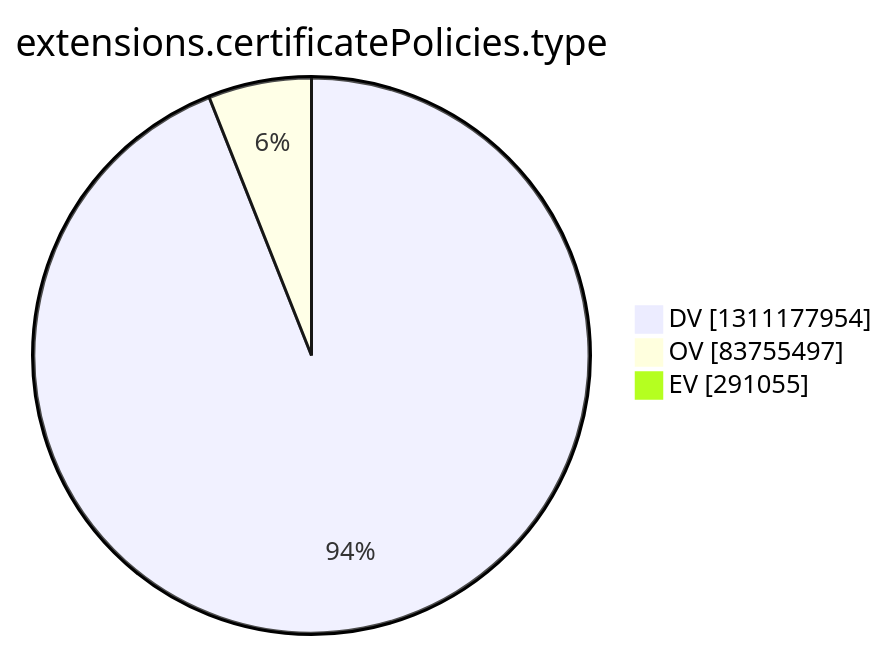
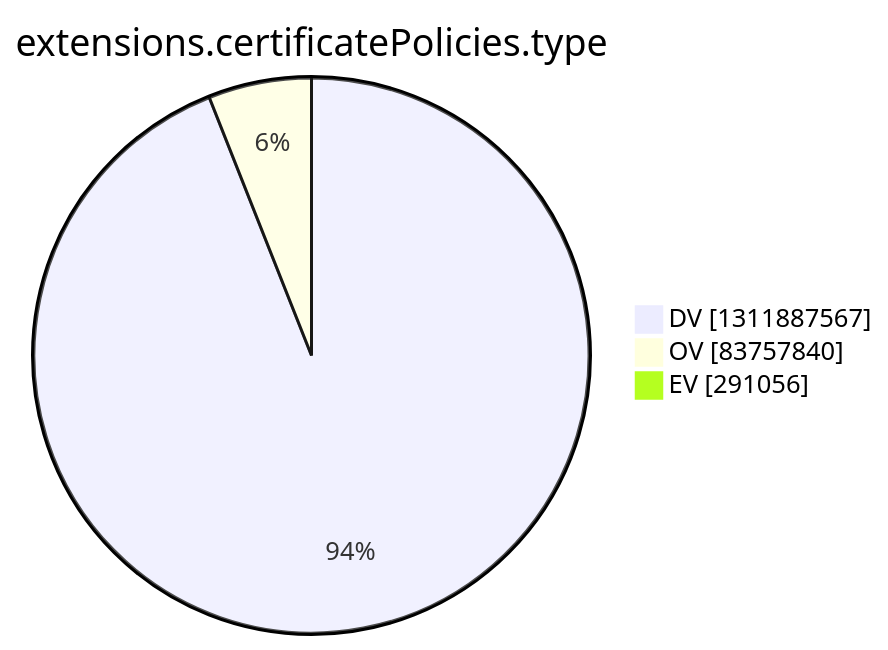
Before and after one commit to christiankrug/ctmonitor_visualization: the tenth of 15 diagrams in argon2022/README.md, drawn with Mermaid. The commit also changed other lines of this file, not shown here.

````diff
--- a/argon2022/README.md
+++ b/argon2022/README.md
@@ -2772,7 +2772,7 @@
 ```mermaid
 pie showData
 title extensions.certificatePolicies.type
-"DV" :1311177954
-"OV" :83755497
-"EV" :291055
+"DV" :1311887567
+"OV" :83757840
+"EV" :291056
 ```
````
